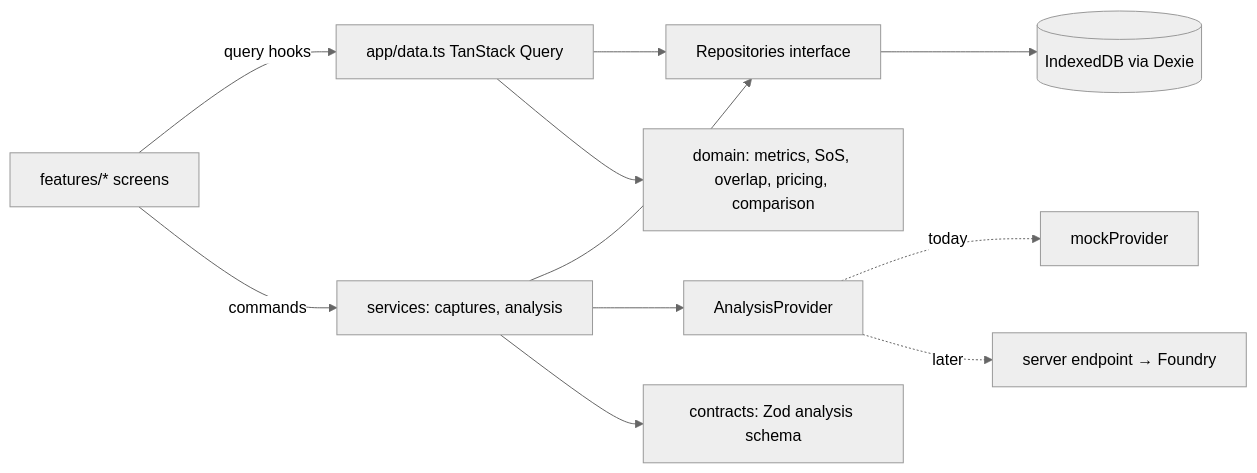
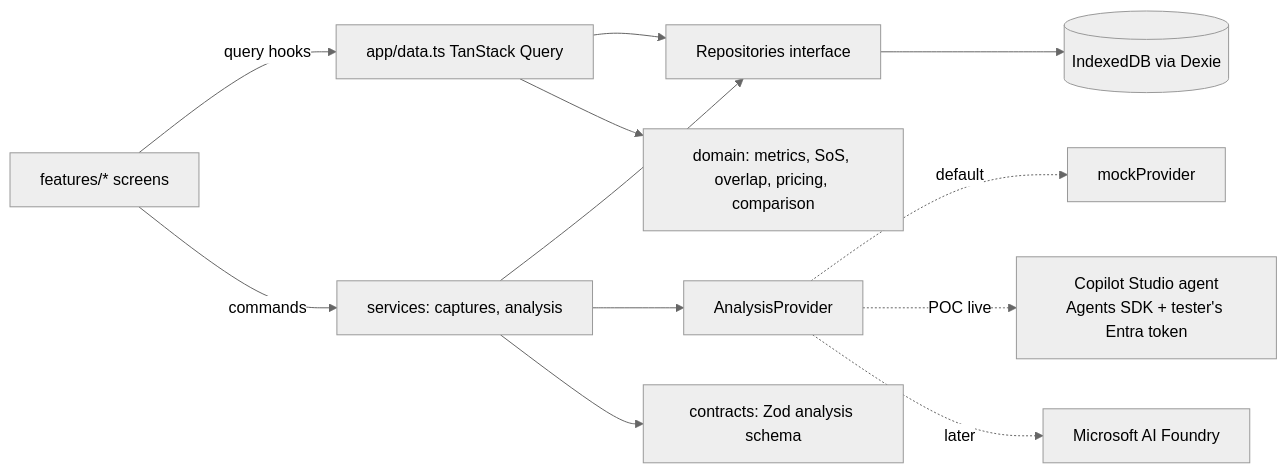
One commit to illusive/shelfwise changed the diagram in docs/architecture.md. Above: the diagram before and after it, drawn with Mermaid (neutral theme). The commit also changed other lines of this file and 39 other files, not shown here.

First line of the commit message:
Add Copilot Studio live analysis provider with Microsoft sign-in

````diff
--- a/docs/architecture.md
+++ b/docs/architecture.md
@@ -5,13 +5,14 @@
 ```mermaid
 flowchart LR
   UI[features/* screens] -->|query hooks| Data[app/data.ts TanStack Query]
   UI -->|commands| Svc[services: captures, analysis]
   Data --> Repos[Repositories interface]
   Svc --> Repos
   Svc --> Provider[AnalysisProvider]
-  Provider -.->|today| Mock[mockProvider]
-  Provider -.->|later| Live[server endpoint → Foundry]
+  Provider -.->|default| Mock[mockProvider]
+  Provider -.->|POC live| CS[Copilot Studio agent<br/>Agents SDK + tester's Entra token]
+  Provider -.->|later| Foundry[Microsoft AI Foundry]
   Repos --> Dexie[(IndexedDB via Dexie)]
   Data --> Domain[domain: metrics, SoS, overlap, pricing, comparison]
   Svc --> Contract[contracts: Zod analysis schema]
 ```
````
